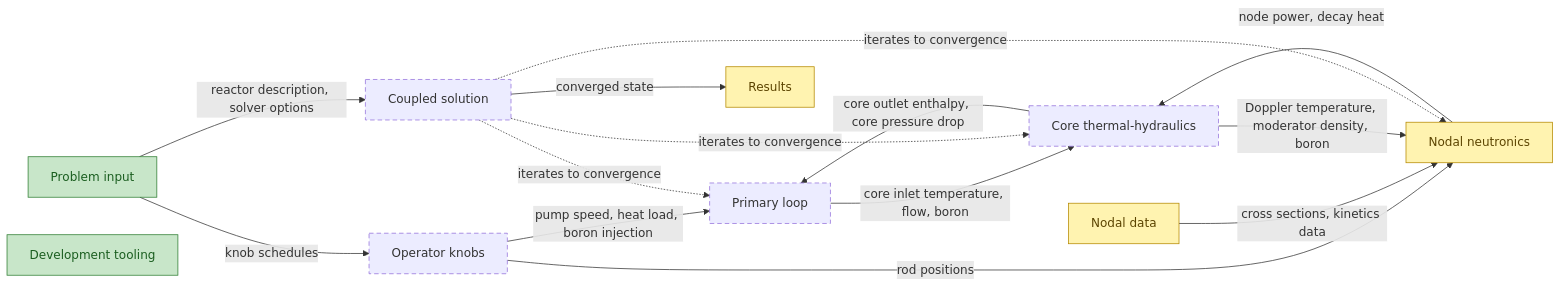
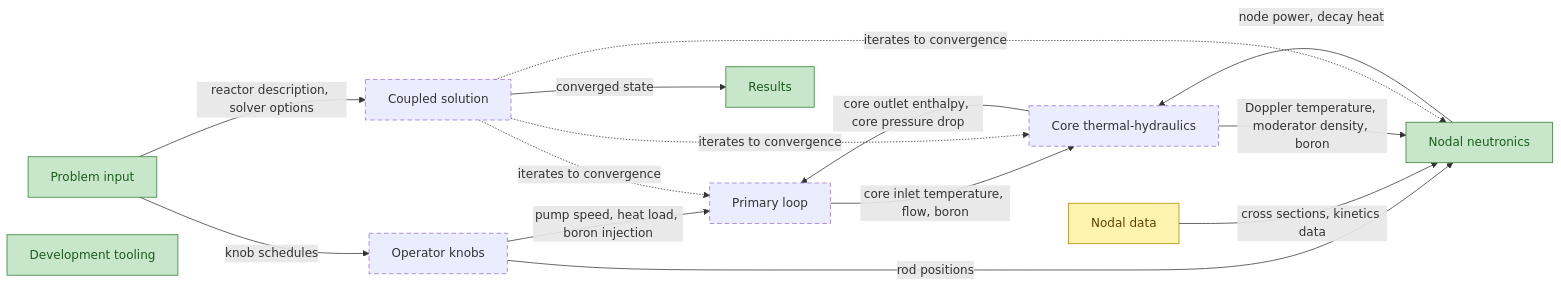
One commit to aurja130/URUS changed the first of 16 diagrams in Planning/DBC/CONCEPTS.md. Above: the diagram before and after it, drawn with Mermaid. The commit also changed other lines of this file and 19 other files, not shown here.

````diff
--- a/Planning/DBC/CONCEPTS.md
+++ b/Planning/DBC/CONCEPTS.md
@@ -20,24 +20,24 @@
 ```mermaid
 flowchart LR
 classDef implemented fill:#c8e6c9,stroke:#2e7d32,color:#1b5e20
 classDef partial fill:#fff3b0,stroke:#b58900,color:#5c4400
 classDef planned stroke-dasharray:6 4
 classDef external fill:#eeeeee,stroke:#9e9e9e,stroke-dasharray:1 3,color:#616161
 ProblemInput["Problem input"] -->|knob schedules| Knobs["Operator knobs"]
 ProblemInput -->|reactor description, solver options| Coupling["Coupled solution"]
 Knobs -->|pump speed, heat load, boron injection| PrimaryLoop["Primary loop"]
 Knobs -->|rod positions| Neutronics["Nodal neutronics"]
 NodalLibrary["Nodal data"] -->|cross sections, kinetics data| Neutronics
 PrimaryLoop -->|core inlet temperature, flow, boron| CoreThermalHydraulics["Core thermal-hydraulics"]
 CoreThermalHydraulics -->|core outlet enthalpy, core pressure drop| PrimaryLoop
 Neutronics -->|node power, decay heat| CoreThermalHydraulics
 CoreThermalHydraulics -->|Doppler temperature, moderator density, boron| Neutronics
 Coupling -.->|iterates to convergence| Neutronics
 Coupling -.->|iterates to convergence| CoreThermalHydraulics
 Coupling -.->|iterates to convergence| PrimaryLoop
 Coupling -->|converged state| Results["Results"]
 Tooling["Development tooling"]
 class Knobs,CoreThermalHydraulics,PrimaryLoop,Coupling planned
-class ProblemInput,Tooling implemented
-class NodalLibrary,Neutronics,Results partial
+class ProblemInput,Neutronics,Results,Tooling implemented
+class NodalLibrary partial
 ```
````
